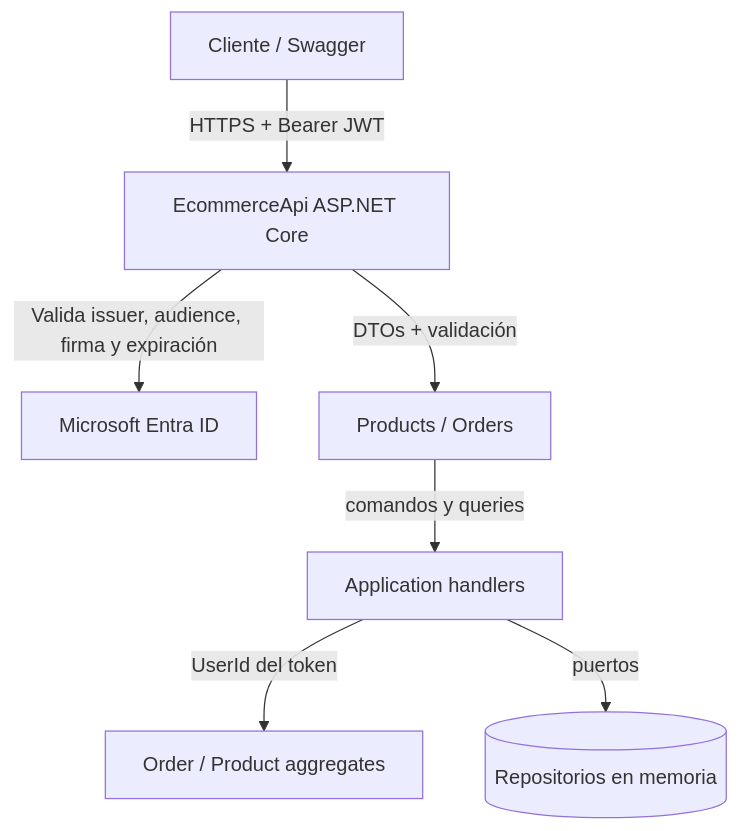
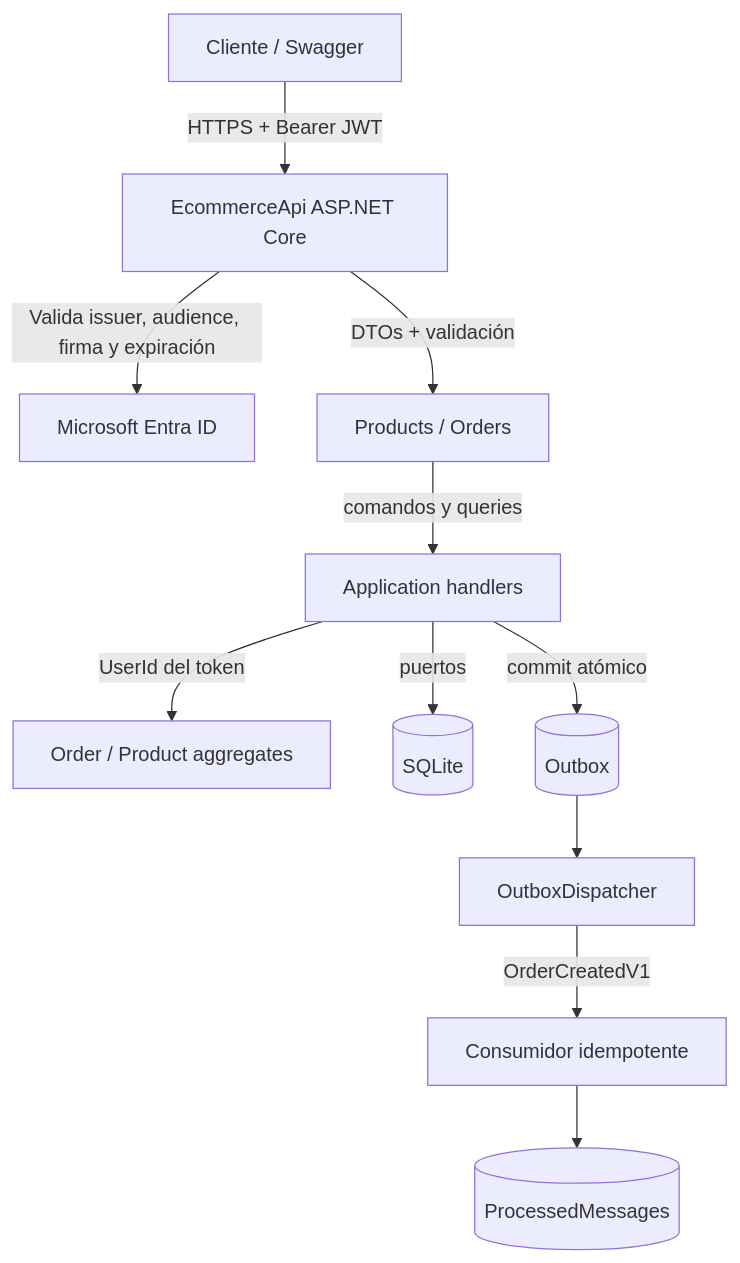
One commit to lanuzalorenzo/lab-api-local-azure changed the diagram in docs/threat-model-appsec.md. Above: the diagram before and after it, drawn with Mermaid. The commit also changed other lines of this file and 8 other files, not shown here.

````diff
--- a/docs/threat-model-appsec.md
+++ b/docs/threat-model-appsec.md
@@ -23,9 +26,13 @@
 ```mermaid
 graph TD
     Client[Cliente / Swagger] -->|HTTPS + Bearer JWT| API[EcommerceApi ASP.NET Core]
     API -->|Valida issuer, audience, firma y expiración| EntraID[Microsoft Entra ID]
     API -->|DTOs + validación| Controllers[Products / Orders]
     Controllers -->|comandos y queries| Handlers[Application handlers]
     Handlers -->|UserId del token| Domain[Order / Product aggregates]
-    Handlers -->|puertos| Store[(Repositorios en memoria)]
+    Handlers -->|puertos| Store[(SQLite)]
+    Handlers -->|commit atómico| Outbox[(Outbox)]
+    Outbox --> Dispatcher[OutboxDispatcher]
+    Dispatcher -->|OrderCreatedV1| Consumer[Consumidor idempotente]
+    Consumer --> Idem[(ProcessedMessages)]
 ```
````
